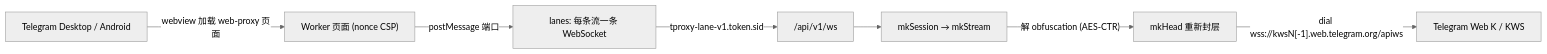
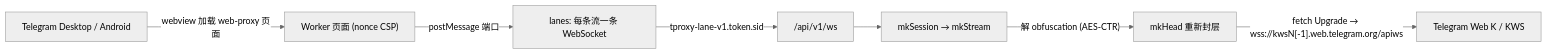
The diagram in README.md (Shouyupedia/CF-Workers-TGProxy), drawn with Mermaid (neutral theme) before and after one commit. The commit also changed other lines of this file and 15 other files, not shown here.

````diff
--- a/README.md
+++ b/README.md
@@ -24,9 +27,9 @@
 ```mermaid
 flowchart LR
   TG["Telegram Desktop / Android"] -->|webview 加载 web-proxy 页面| P["Worker 页面 (nonce CSP)"]
   P -->|postMessage 端口| L["lanes: 每条流一条 WebSocket"]
   L -->|"tproxy-lane-v1.token.sid"| WS["/api/v1/ws"]
   WS --> S["mkSession → mkStream"]
   S -->|"解 obfuscation (AES-CTR)"| RK["mkHead 重新封层"]
-  RK -->|"dial wss://kwsN[-1].web.telegram.org/apiws"| KWS["Telegram Web K / KWS"]
+  RK -->|"fetch Upgrade → wss://kwsN[-1].web.telegram.org/apiws"| KWS["Telegram Web K / KWS"]
 ```
````
